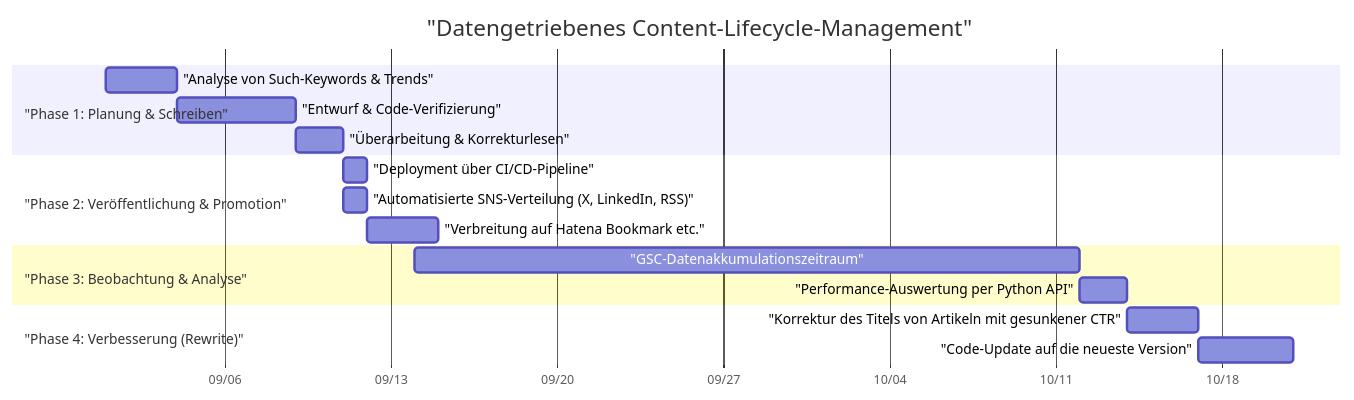
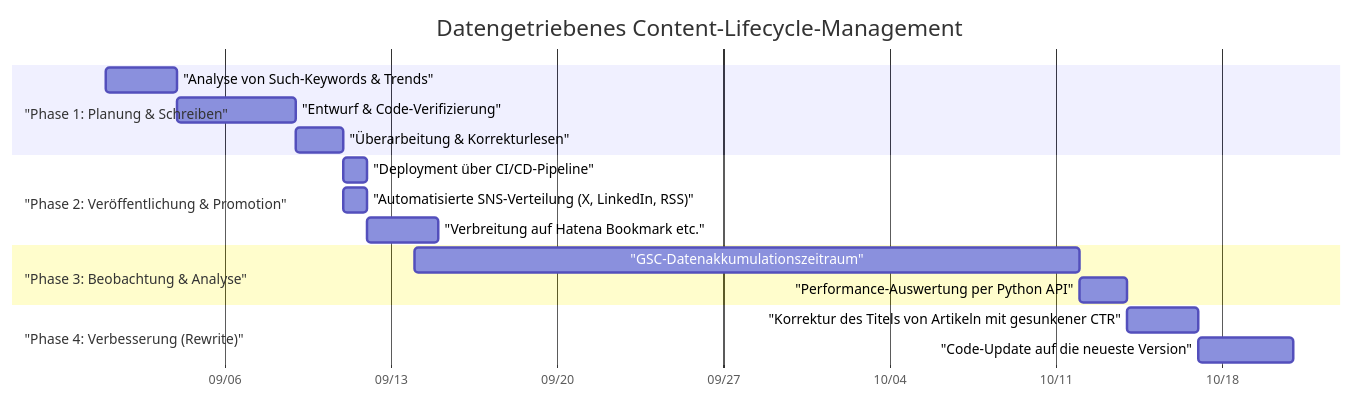
The first of 2 diagrams in content/post/tech_blog_growth/index.de.md (kenjinote/blog), drawn with Mermaid before and after one commit. The commit also changed other lines of this file and 703 other files, not shown here.

Commit message:
Fix: Remove quotes from Mermaid link texts and timeline definitions to support Mermaid 11.4.1

````diff
--- a/content/post/tech_blog_growth/index.de.md
+++ b/content/post/tech_blog_growth/index.de.md
@@ -190,24 +190,24 @@
 ```mermaid
 gantt
-    title "Datengetriebenes Content-Lifecycle-Management"
+    title Datengetriebenes Content-Lifecycle-Management
     dateFormat  YYYY-MM-DD
     axisFormat  %m/%d
     
     section "Phase 1: Planung & Schreiben"
     "Analyse von Such-Keywords & Trends" :a1, 2026-09-01, 3d
     "Entwurf & Code-Verifizierung"     :a2, after a1, 5d
     "Überarbeitung & Korrekturlesen"               :a3, after a2, 2d
     
     section "Phase 2: Veröffentlichung & Promotion"
     "Deployment über CI/CD-Pipeline"  :p1, 2026-09-11, 1d
     "Automatisierte SNS-Verteilung (X, LinkedIn, RSS)" :p2, 2026-09-11, 1d
     "Verbreitung auf Hatena Bookmark etc."     :p3, after p2, 3d
     
     section "Phase 3: Beobachtung & Analyse"
     "GSC-Datenakkumulationszeitraum"         :m1, 2026-09-14, 28d
     "Performance-Auswertung per Python API":m2, after m1, 2d
     
     section "Phase 4: Verbesserung (Rewrite)"
     "Korrektur des Titels von Artikeln mit gesunkener CTR" :r1, after m2, 3d
     "Code-Update auf die neueste Version":r2, after r1, 4d
 ```
````
